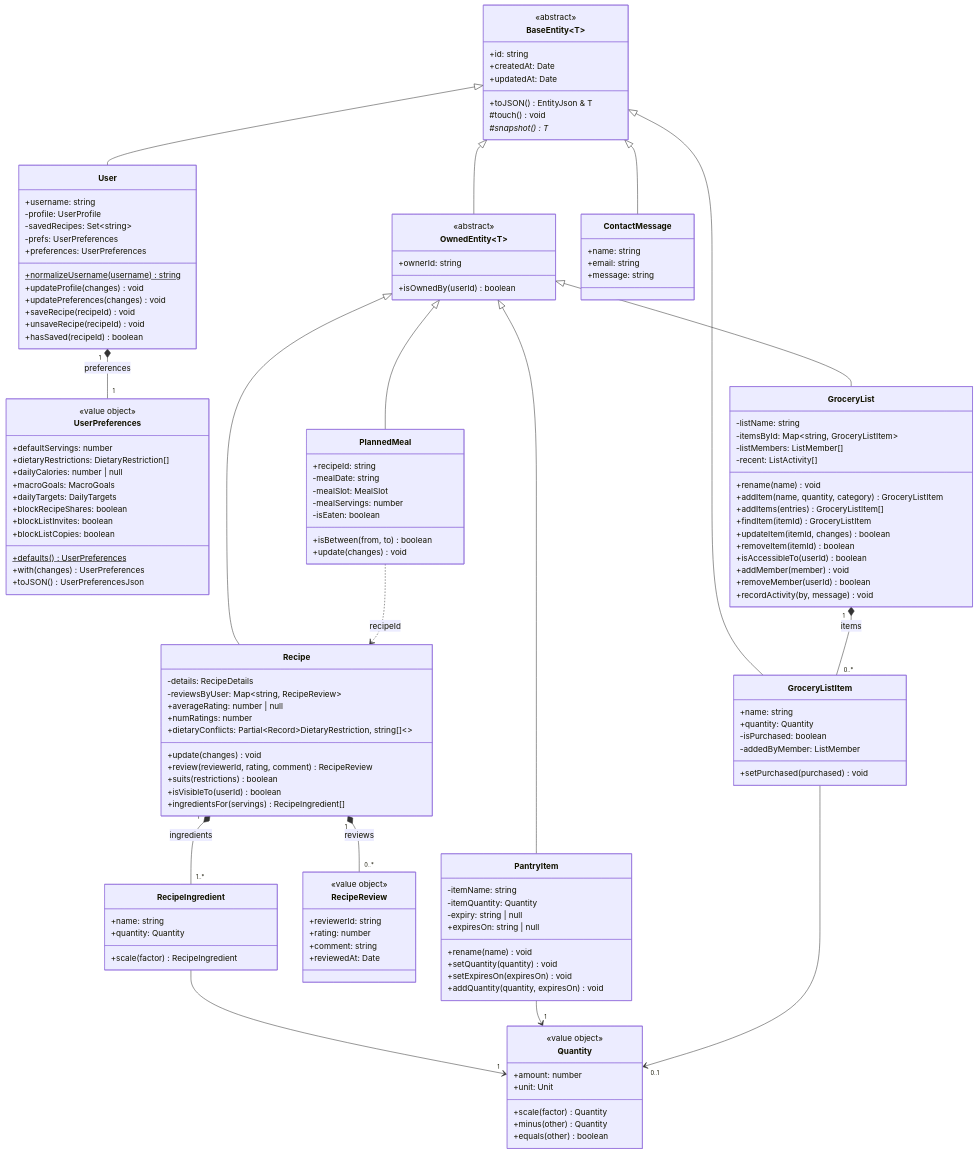
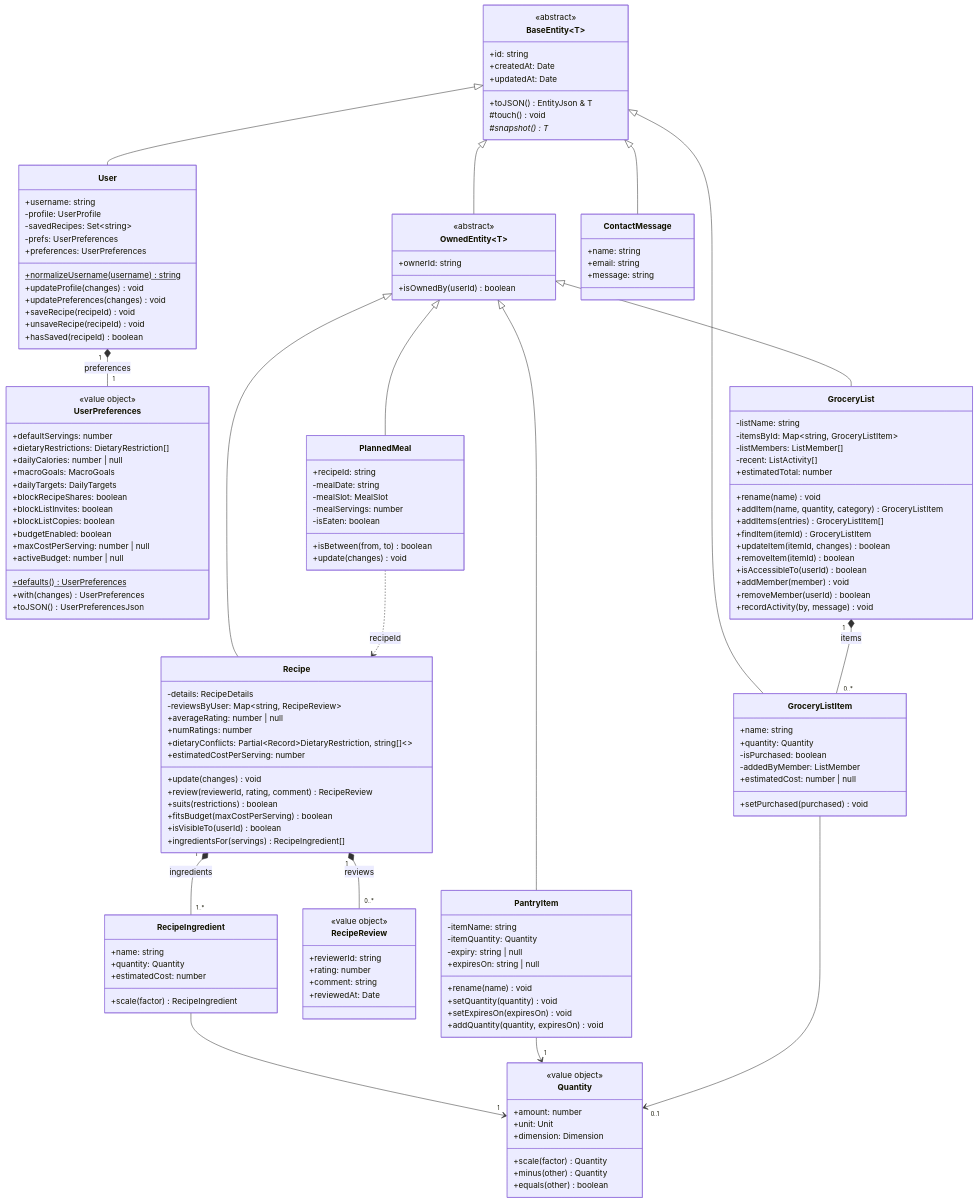
Before and after one commit to max1dyer/PlateUp: the second of 2 diagrams in docs/DESIGN.md, drawn with Mermaid. The commit also changed other lines of this file and 65 other files, not shown here.

```diff
--- a/docs/DESIGN.md
+++ b/docs/DESIGN.md
@@ -163,6 +170,8 @@
     +review(reviewerId, rating, comment) RecipeReview
     +dietaryConflicts: Partial~Record~DietaryRestriction, string[]~~
     +suits(restrictions) boolean
+    +estimatedCostPerServing: number
+    +fitsBudget(maxCostPerServing) boolean
     +isVisibleTo(userId) boolean
     +ingredientsFor(servings) RecipeIngredient[]
   }
@@ -176,6 +185,9 @@
     +blockRecipeShares: boolean
     +blockListInvites: boolean
     +blockListCopies: boolean
+    +budgetEnabled: boolean
+    +maxCostPerServing: number | null
+    +activeBudget: number | null
     +defaults()$ UserPreferences
     +with(changes) UserPreferences
     +toJSON() UserPreferencesJson
@@ -183,6 +195,7 @@
   class RecipeIngredient {
     +name: string
     +quantity: Quantity
+    +estimatedCost: number
     +scale(factor) RecipeIngredient
   }
   class RecipeReview {
@@ -217,12 +230,14 @@
     +addMember(member) void
     +removeMember(userId) boolean
     +recordActivity(by, message) void
+    +estimatedTotal: number
   }
   class GroceryListItem {
     +name: string
     +quantity: Quantity
     -isPurchased: boolean
     -addedByMember: ListMember
+    +estimatedCost: number | null
     +setPurchased(purchased) void
   }
   class ContactMessage {
@@ -243,6 +258,7 @@
     <<value object>>
     +amount: number
     +unit: Unit
+    +dimension: Dimension
     +scale(factor) Quantity
     +minus(other) Quantity
     +equals(other) boolean
```
